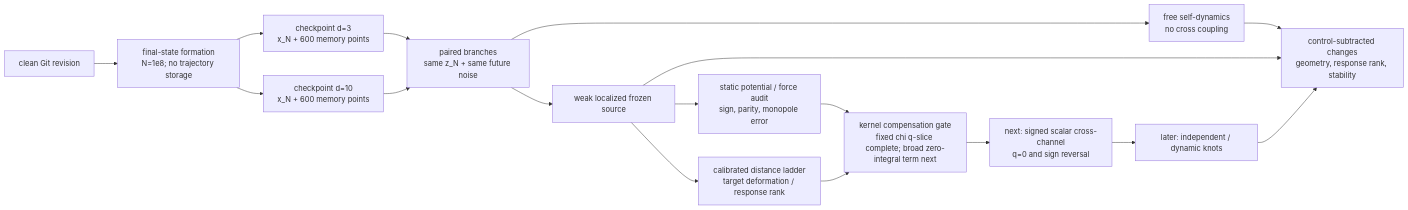
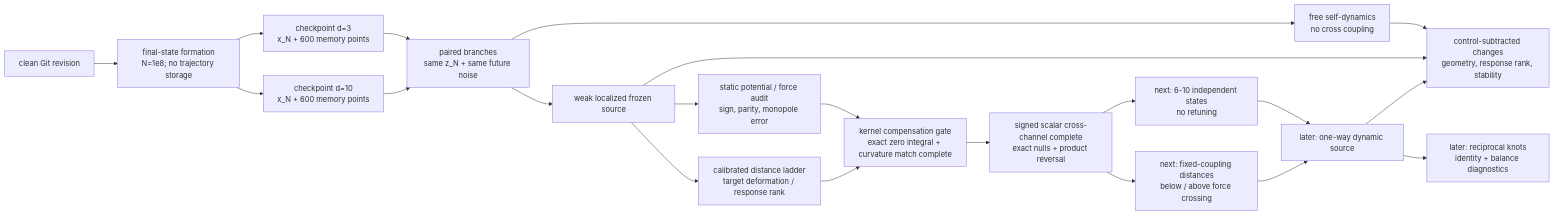
Before and after one commit to MemoryDynamics/Knoten: the fifth of 5 diagrams in docs/reference/repository_map.md, drawn with Mermaid. The commit also changed other lines of this file and 6 other files, not shown here.

Commit message:
Prioritize signed channel validation

````diff
--- a/docs/reference/repository_map.md
+++ b/docs/reference/repository_map.md
@@ -139,19 +142,23 @@
 ```mermaid
 flowchart LR
     clean["clean Git revision"] --> formation["final-state formation<br/>N=1e8; no trajectory storage"]
     formation --> z3["checkpoint d=3<br/>x_N + 600 memory points"]
     formation --> z10["checkpoint d=10<br/>x_N + 600 memory points"]
     z3 --> paired["paired branches<br/>same z_N + same future noise"]
     z10 --> paired
     paired --> free["free self-dynamics<br/>no cross coupling"]
     paired --> probe["weak localized frozen source"]
     probe --> fieldaudit["static potential / force audit<br/>sign, parity, monopole error"]
     probe --> ladder["calibrated distance ladder<br/>target deformation / response rank"]
-    fieldaudit --> compgate["kernel compensation gate<br/>fixed chi q-slice complete; broad zero-integral term next"]
+    fieldaudit --> compgate["kernel compensation gate<br/>exact zero integral + curvature match complete"]
     ladder --> compgate
-    compgate --> channel["next: signed scalar cross-channel<br/>q=0 and sign reversal"]
-    channel --> multi["later: independent / dynamic knots"]
+    compgate --> channel["signed scalar cross-channel complete<br/>exact nulls + product reversal"]
+    channel --> seeds["next: 6-10 independent states<br/>no retuning"]
+    channel --> distance["next: fixed-coupling distances<br/>below / above force crossing"]
+    seeds --> multi["later: one-way dynamic source"]
+    distance --> multi
+    multi --> reciprocal["later: reciprocal knots<br/>identity + balance diagnostics"]
     free --> delta["control-subtracted changes<br/>geometry, response rank, stability"]
     probe --> delta
     multi --> delta
 ```
````
